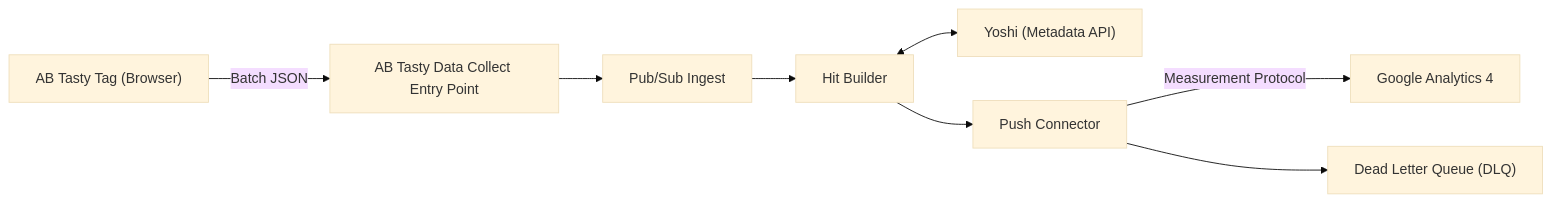
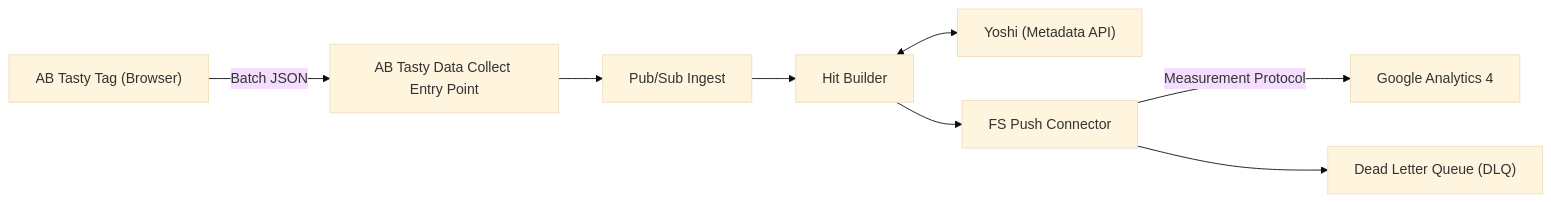
Before and after one commit to valoudefou/abtasty-ga4-server-to-server: the diagram in README.md, drawn with Mermaid (base theme).

````diff
--- a/README.md
+++ b/README.md
@@ -9,16 +9,16 @@
 ```mermaid
 flowchart LR
     A["AB Tasty Tag (Browser)"]
     B["AB Tasty Data Collect Entry Point"]
     C["Pub/Sub Ingest"]
     D["Hit Builder"]
     E["Yoshi (Metadata API)"]
-    F["Push Connector"]
+    F["FS Push Connector"]
     G["Google Analytics 4"]
     H["Dead Letter Queue (DLQ)"]
 
     A -->|Batch JSON| B --> C --> D
     D <--> E
     D --> F -->|Measurement Protocol| G
     F --> H
 ```
````
